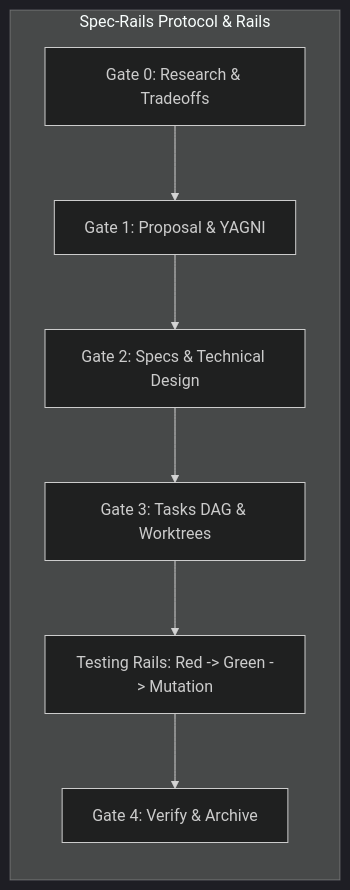
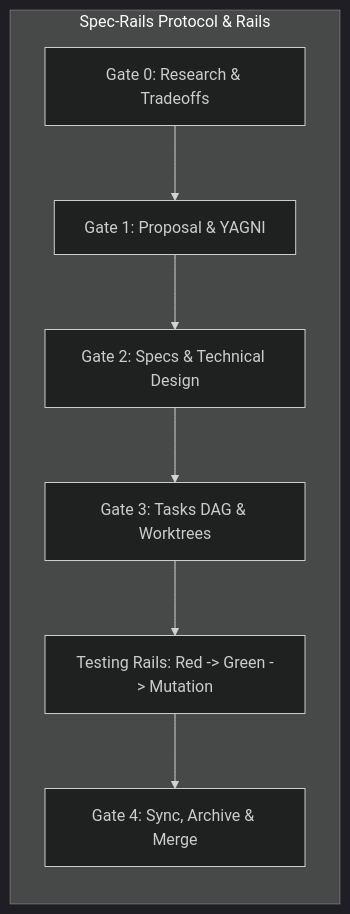
The diagram in README.md (mgabs/spec-rails), drawn with Mermaid (dark theme) before and after one commit. The commit also changed other lines of this file and 42 other files, not shown here.

````diff
--- a/README.md
+++ b/README.md
@@ -13,10 +13,10 @@
 ```mermaid
 flowchart LR
     subgraph SPEC_RAILS_Protocol [Spec-Rails Protocol & Rails]
         Research[Gate 0: Research & Tradeoffs] --> Proposal[Gate 1: Proposal & YAGNI]
         Proposal --> Design[Gate 2: Specs & Technical Design]
         Design --> Tasks[Gate 3: Tasks DAG & Worktrees]
         Tasks --> Rails[Testing Rails: Red -> Green -> Mutation]
-        Rails --> Archive[Gate 4: Verify & Archive]
+        Rails --> Archive[Gate 4: Sync, Archive & Merge]
     end
 ```
````
